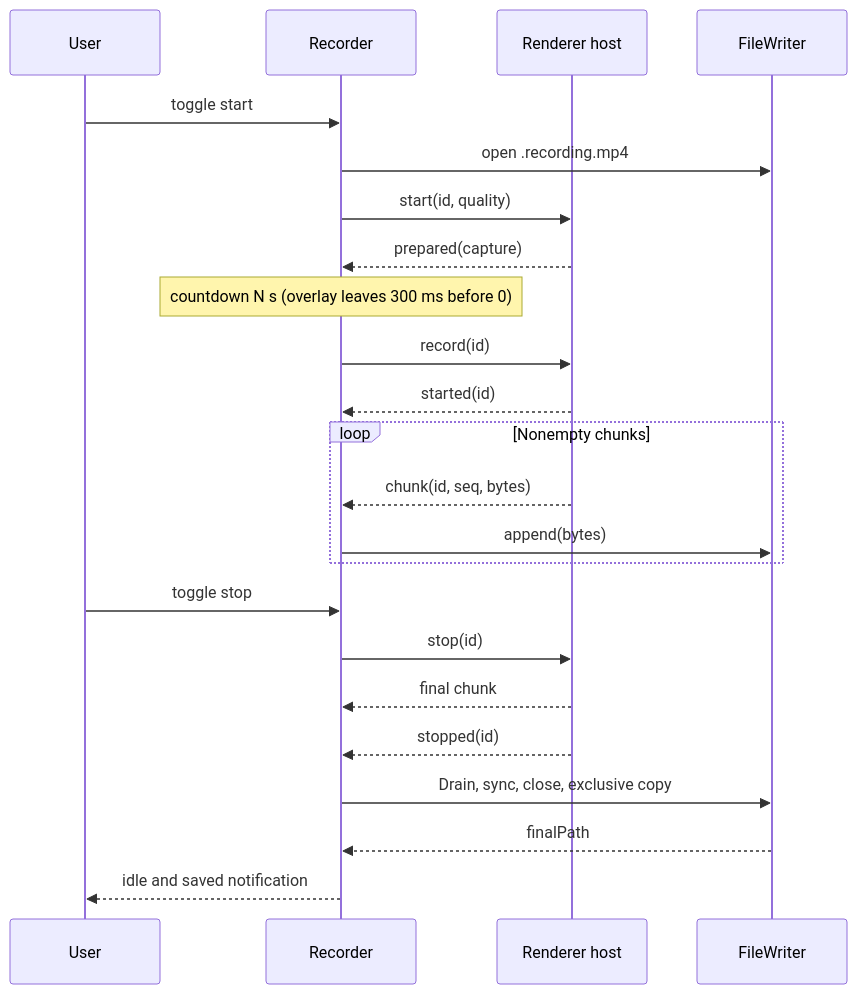
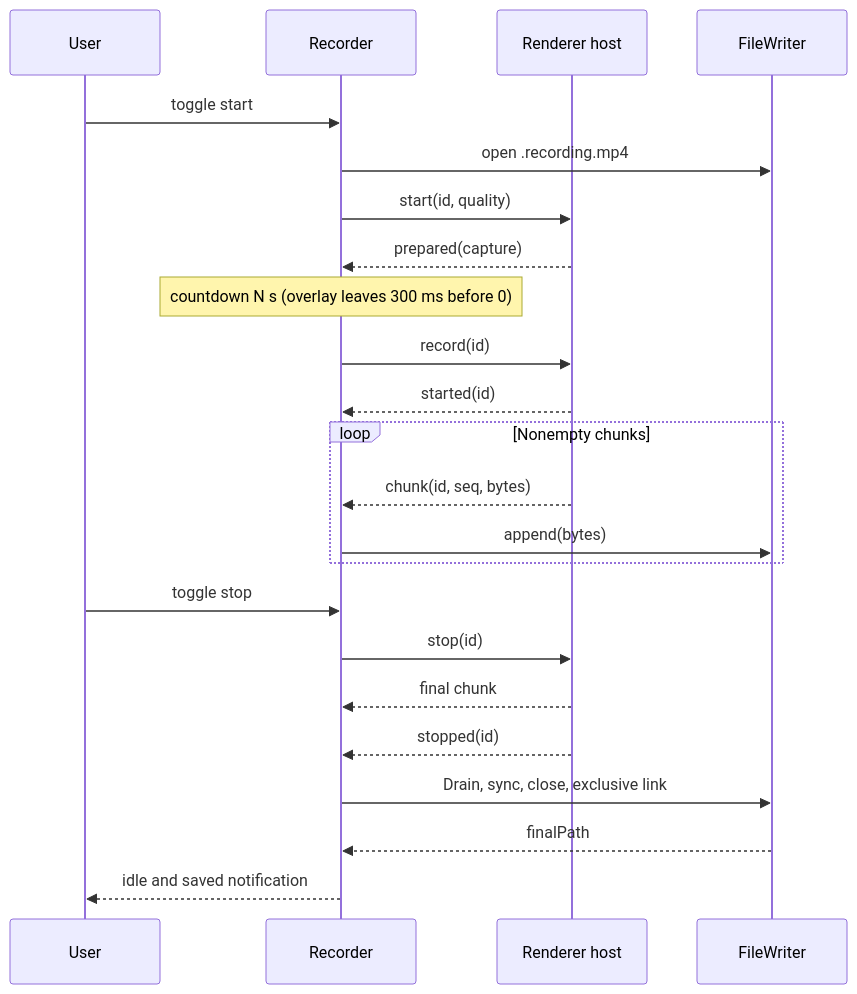
One commit to EricTsai83/recordstuff changed the second of 2 diagrams in docs/system-design/recording.md. Above: the diagram before and after it, drawn with Mermaid. The commit also changed other lines of this file and 7 other files, not shown here.

````diff
--- a/docs/system-design/recording.md
+++ b/docs/system-design/recording.md
@@ -111,25 +111,25 @@
 ```mermaid
 sequenceDiagram
     participant U as User
     participant R as Recorder
     participant H as Renderer host
     participant W as FileWriter
     U->>R: toggle start
     R->>W: open .recording.mp4
     R->>H: start(id, quality)
     H-->>R: prepared(capture)
     Note over R: countdown N s (overlay leaves 300 ms before 0)
     R->>H: record(id)
     H-->>R: started(id)
     loop Nonempty chunks
       H-->>R: chunk(id, seq, bytes)
       R->>W: append(bytes)
     end
     U->>R: toggle stop
     R->>H: stop(id)
     H-->>R: final chunk
     H-->>R: stopped(id)
-    R->>W: Drain, sync, close, exclusive copy
+    R->>W: Drain, sync, close, exclusive link
     W-->>R: finalPath
     R-->>U: idle and saved notification
 ```
````
